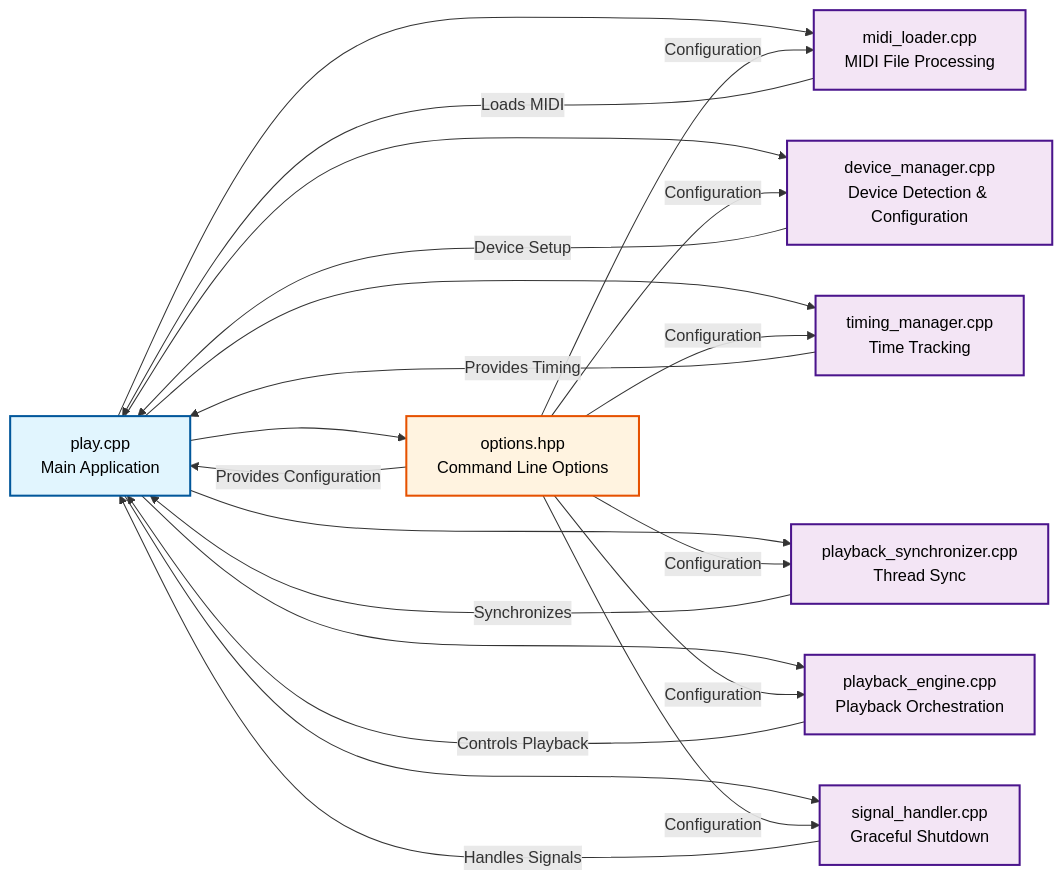
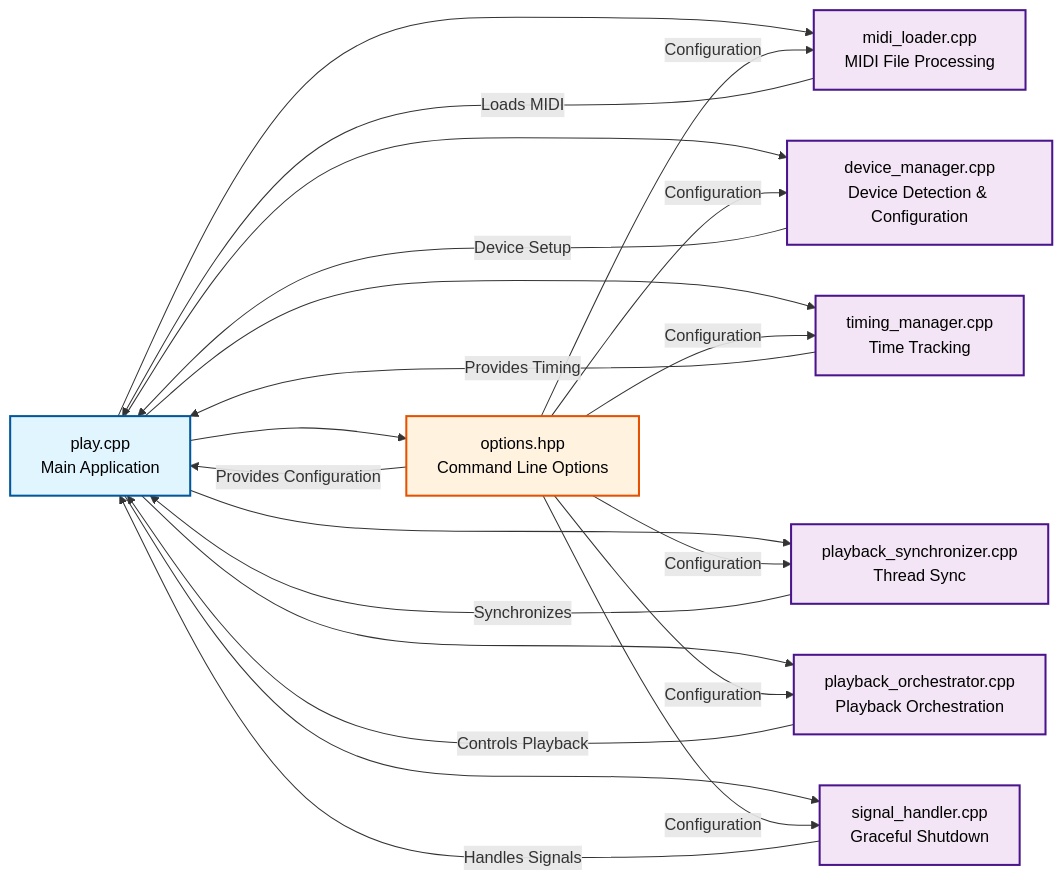
Before and after one commit to eugeneolsen/midiplay: the diagram in component_diagram.md, drawn with Mermaid. The commit also changed other lines of this file, not shown here.

Commit message:
fix: replaced obsolete playback_engine.cpp with payback_orchestrator.cpp

````diff
--- a/component_diagram.md
+++ b/component_diagram.md
@@ -3,47 +3,47 @@
 ```mermaid
 graph LR
     %% Main Application Entry Point (on the left)
     A[play.cpp<br/>Main Application] --> B[options.hpp]
     A --> H[midi_loader.cpp]
     A --> C[device_manager.cpp]
     A --> E[timing_manager.cpp]
     A --> F[playback_synchronizer.cpp]
-    A --> D[playback_engine.cpp]
+    A --> D[playback_orchestrator.cpp]
     A --> G[signal_handler.cpp]
     
     %% Configuration
     B[options.hpp<br/>Command Line Options] -->|Provides Configuration| A
     B -->|Configuration| H
     B -->|Configuration| C
     B -->|Configuration| E
     B -->|Configuration| F
     B -->|Configuration| D
     B -->|Configuration| G
     
     %% MIDI Loading (called first)
     H[midi_loader.cpp<br/>MIDI File Processing] -->|Loads MIDI| A
     
     %% Device Management (called second)
     C[device_manager.cpp<br/>Device Detection & Configuration] -->|Device Setup| A
     
     %% Timing Management (called third)
     E[timing_manager.cpp<br/>Time Tracking] -->|Provides Timing| A
     
     %% Synchronization (called fourth)
     F[playback_synchronizer.cpp<br/>Thread Sync] -->|Synchronizes| A
     
     %% Playback Engine (called fifth)
-    D[playback_engine.cpp<br/>Playback Orchestration] -->|Controls Playback| A
+    D[playback_orchestrator.cpp<br/>Playback Orchestration] -->|Controls Playback| A
     
     %% Signal Handling (called last)
     G[signal_handler.cpp<br/>Graceful Shutdown] -->|Handles Signals| A
     
     %% Styling
     classDef mainApp fill:#e1f5fe,stroke:#01579b,stroke-width:2px,color:#000
     classDef config fill:#fff3e0,stroke:#e65100,stroke-width:2px,color:#000
     classDef cppFile fill:#f3e5f5,stroke:#4a148c,stroke-width:2px,color:#000
     
     class A mainApp
     class B config
     class C,D,E,F,G,H cppFile
 ```
````
